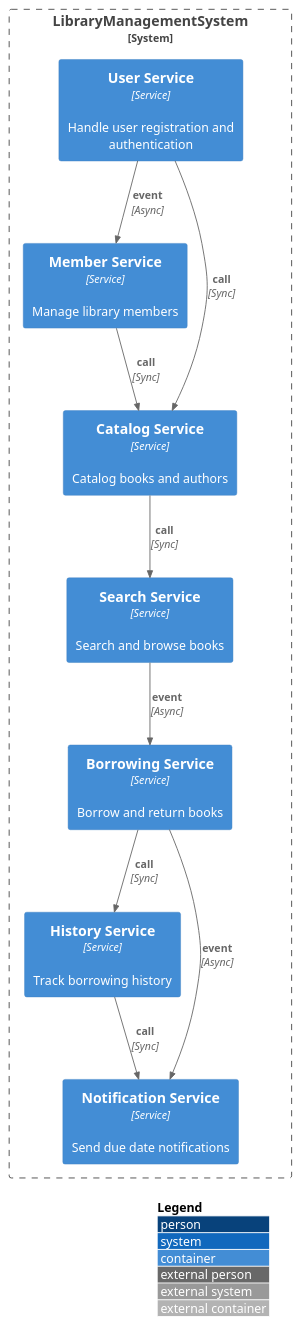
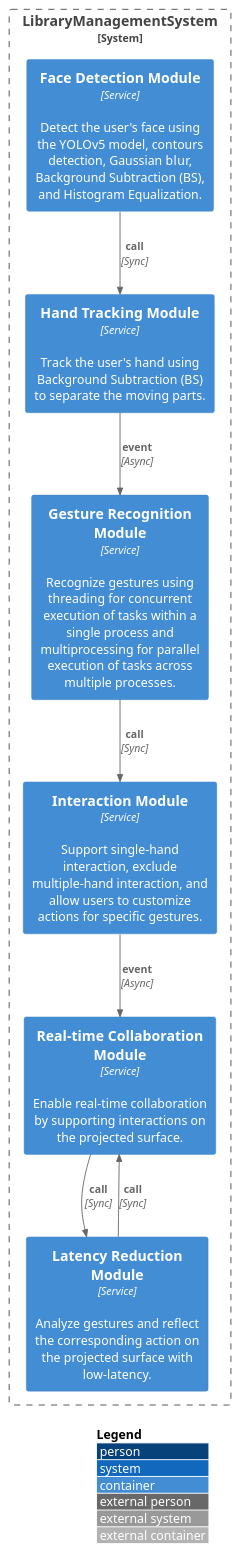
The diagram in data/outputs/architecture_c4.puml (hanaAbdelwahab/GPARCHIMIND), drawn with PlantUML before and after one commit. The commit also changed 19 other files, not shown here.

Commit message:
Added ADL context,sequence,deployement diagram

```diff
--- a/data/outputs/architecture_c4.puml
+++ b/data/outputs/architecture_c4.puml
@@ -1,21 +1,18 @@
 @startuml
 !include https://raw.githubusercontent.com/plantuml-stdlib/C4-PlantUML/master/C4_Container.puml
 LAYOUT_WITH_LEGEND()
-System_Boundary(system, "LibraryManagementSystem") {
-  Container(UserService, "User Service", "Service", "Handle user registration and authentication")
-  Container(MemberService, "Member Service", "Service", "Manage library members")
-  Container(CatalogService, "Catalog Service", "Service", "Catalog books and authors")
-  Container(SearchService, "Search Service", "Service", "Search and browse books")
-  Container(BorrowingService, "Borrowing Service", "Service", "Borrow and return books")
-  Container(HistoryService, "History Service", "Service", "Track borrowing history")
-  Container(NotificationService, "Notification Service", "Service", "Send due date notifications")
+System_Boundary(LibraryManagementSystem, "LibraryManagementSystem") {
+  Container(FaceDetectionModule, "Face Detection Module", "Service", "Detect the user's face using the YOLOv5 model, contours detection, Gaussian blur, Background Subtraction (BS), and Histogram Equalization.")
+  Container(GestureRecognitionModule, "Gesture Recognition Module", "Service", "Recognize gestures using threading for concurrent execution of tasks within a single process and multiprocessing for parallel execution of tasks across multiple processes.")
+  Container(HandTrackingModule, "Hand Tracking Module", "Service", "Track the user's hand using Background Subtraction (BS) to separate the moving parts.")
+  Container(InteractionModule, "Interaction Module", "Service", "Support single-hand interaction, exclude multiple-hand interaction, and allow users to customize actions for specific gestures.")
+  Container(RealtimeCollaborationModule, "Real-time Collaboration Module", "Service", "Enable real-time collaboration by supporting interactions on the projected surface.")
+  Container(LatencyReductionModule, "Latency Reduction Module", "Service", "Analyze gestures and reflect the corresponding action on the projected surface with low-latency.")
 }
-Rel(UserService, MemberService, "event", "Async")
-Rel(UserService, CatalogService, "call", "Sync")
-Rel(MemberService, CatalogService, "call", "Sync")
-Rel(CatalogService, SearchService, "call", "Sync")
-Rel(SearchService, BorrowingService, "event", "Async")
-Rel(BorrowingService, HistoryService, "call", "Sync")
-Rel(BorrowingService, NotificationService, "event", "Async")
-Rel(HistoryService, NotificationService, "call", "Sync")
+Rel(FaceDetectionModule, HandTrackingModule, "call", "Sync")
+Rel(HandTrackingModule, GestureRecognitionModule, "event", "Async")
+Rel(GestureRecognitionModule, InteractionModule, "call", "Sync")
+Rel(InteractionModule, RealtimeCollaborationModule, "event", "Async")
+Rel(RealtimeCollaborationModule, LatencyReductionModule, "call", "Sync")
+Rel(LatencyReductionModule, RealtimeCollaborationModule, "call", "Sync")
 @enduml
```
